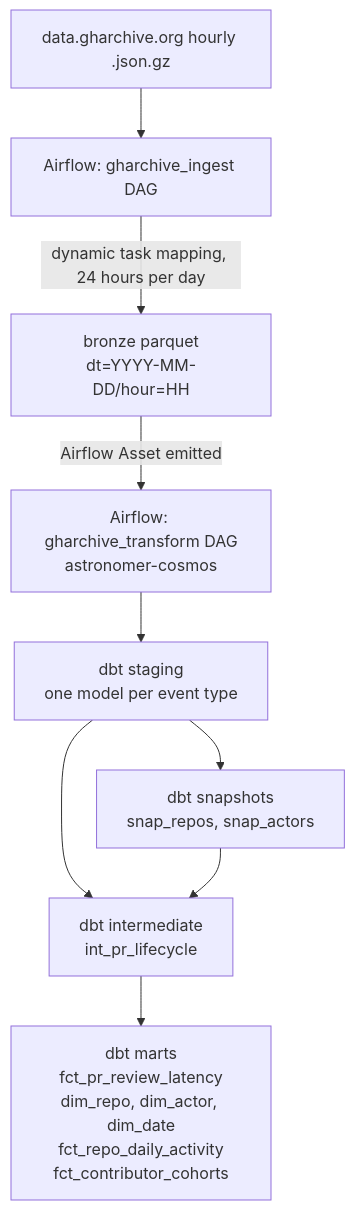
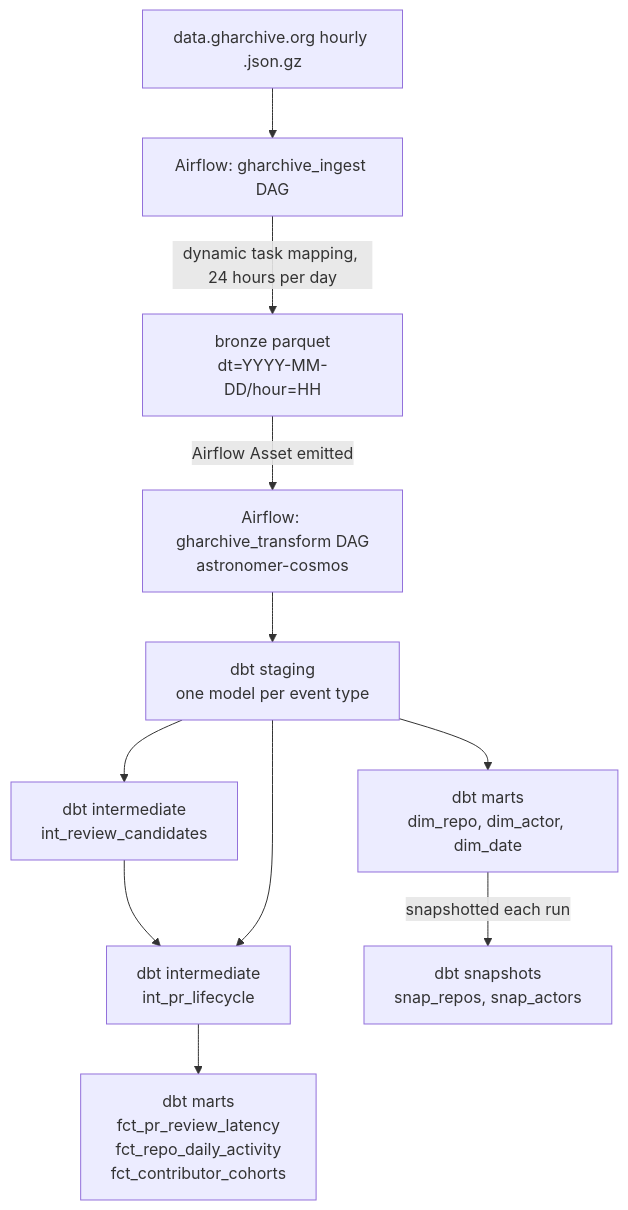
Before and after one commit to Yunhu-So/gharchive-analytics: the diagram in ARCHITECTURE.md, drawn with Mermaid. The commit also changed other lines of this file, not shown here.

First line of the commit message:
Fix ARCHITECTURE.md: snapshots are downstream of dims, not upstream

````diff
--- a/ARCHITECTURE.md
+++ b/ARCHITECTURE.md
@@ -3,11 +3,13 @@
 ```mermaid
 flowchart TD
     A[data.gharchive.org hourly .json.gz] --> B[Airflow: gharchive_ingest DAG]
     B -->|dynamic task mapping, 24 hours per day| C[bronze parquet\ndt=YYYY-MM-DD/hour=HH]
     C -->|Airflow Asset emitted| D[Airflow: gharchive_transform DAG\nastronomer-cosmos]
     D --> E[dbt staging\none model per event type]
-    E --> F[dbt snapshots\nsnap_repos, snap_actors]
-    E --> G[dbt intermediate\nint_pr_lifecycle]
-    F --> G
-    G --> H[dbt marts\nfct_pr_review_latency\ndim_repo, dim_actor, dim_date\nfct_repo_daily_activity\nfct_contributor_cohorts]
+    E --> I[dbt intermediate\nint_review_candidates]
+    I --> G[dbt intermediate\nint_pr_lifecycle]
+    E --> G
+    E --> J[dbt marts\ndim_repo, dim_actor, dim_date]
+    G --> H[dbt marts\nfct_pr_review_latency\nfct_repo_daily_activity\nfct_contributor_cohorts]
+    J -->|snapshotted each run| F[dbt snapshots\nsnap_repos, snap_actors]
 ```
````
